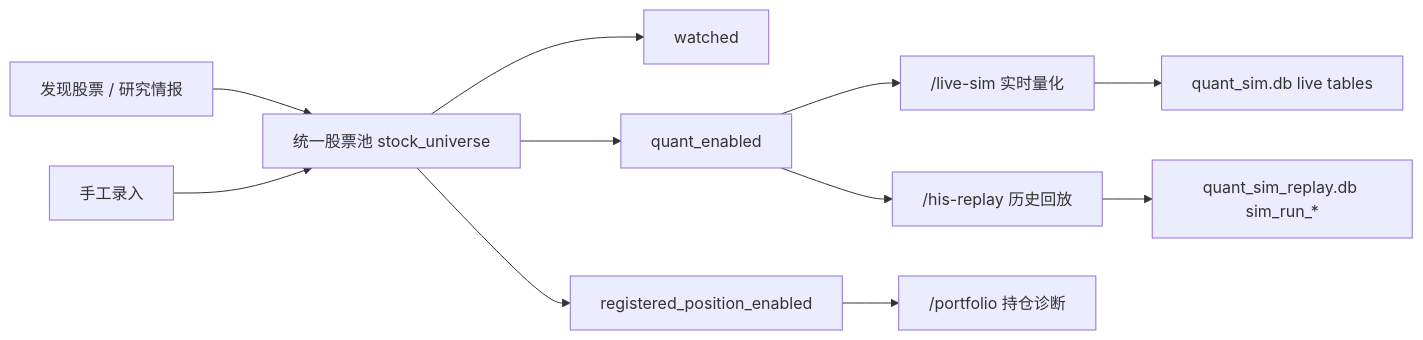
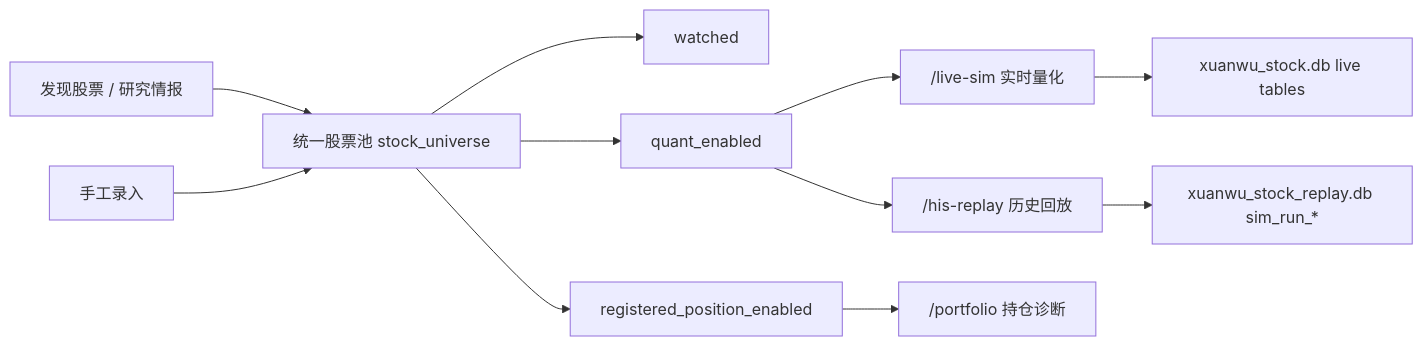
Before and after one commit to GrissonWu07/agents-stock: the diagram in docs/工作流与数据流说明.md, drawn with Mermaid. The commit also changed other lines of this file and 77 other files, not shown here.

````diff
--- a/docs/工作流与数据流说明.md
+++ b/docs/工作流与数据流说明.md
@@ -22,13 +24,13 @@
 ```mermaid
 flowchart LR
     A["发现股票 / 研究情报"] --> B["统一股票池 stock_universe"]
     C["手工录入"] --> B
     B --> D["watched"]
     B --> E["quant_enabled"]
     B --> F["registered_position_enabled"]
     E --> G["/live-sim 实时量化"]
     E --> H["/his-replay 历史回放"]
     F --> I["/portfolio 持仓诊断"]
-    G --> J["quant_sim.db live tables"]
-    H --> K["quant_sim_replay.db sim_run_*"]
+    G --> J["xuanwu_stock.db live tables"]
+    H --> K["xuanwu_stock_replay.db sim_run_*"]
 ```
````
